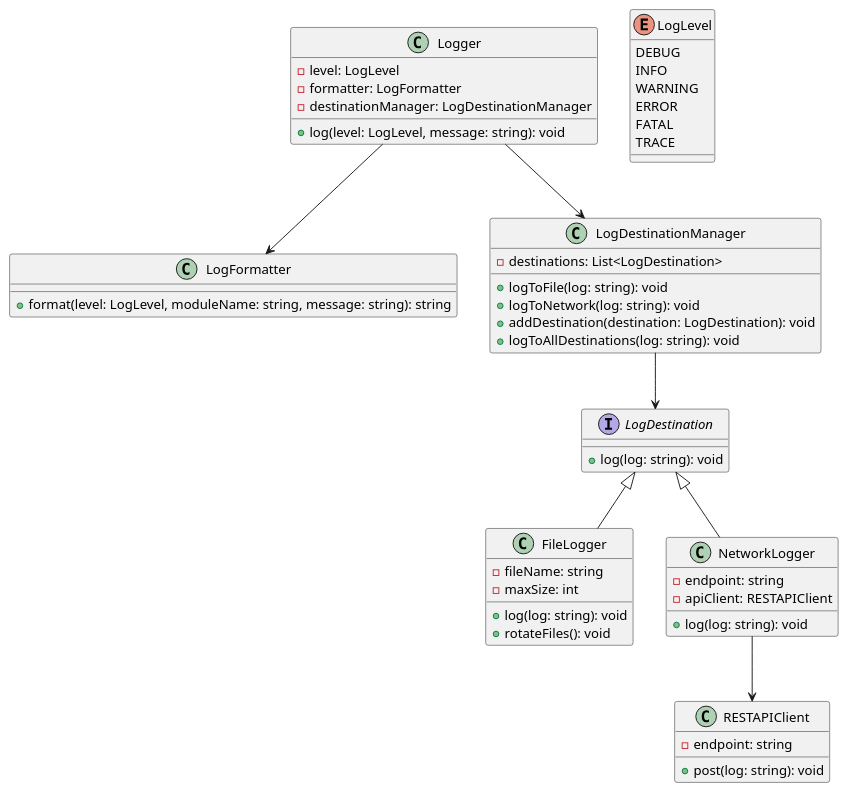
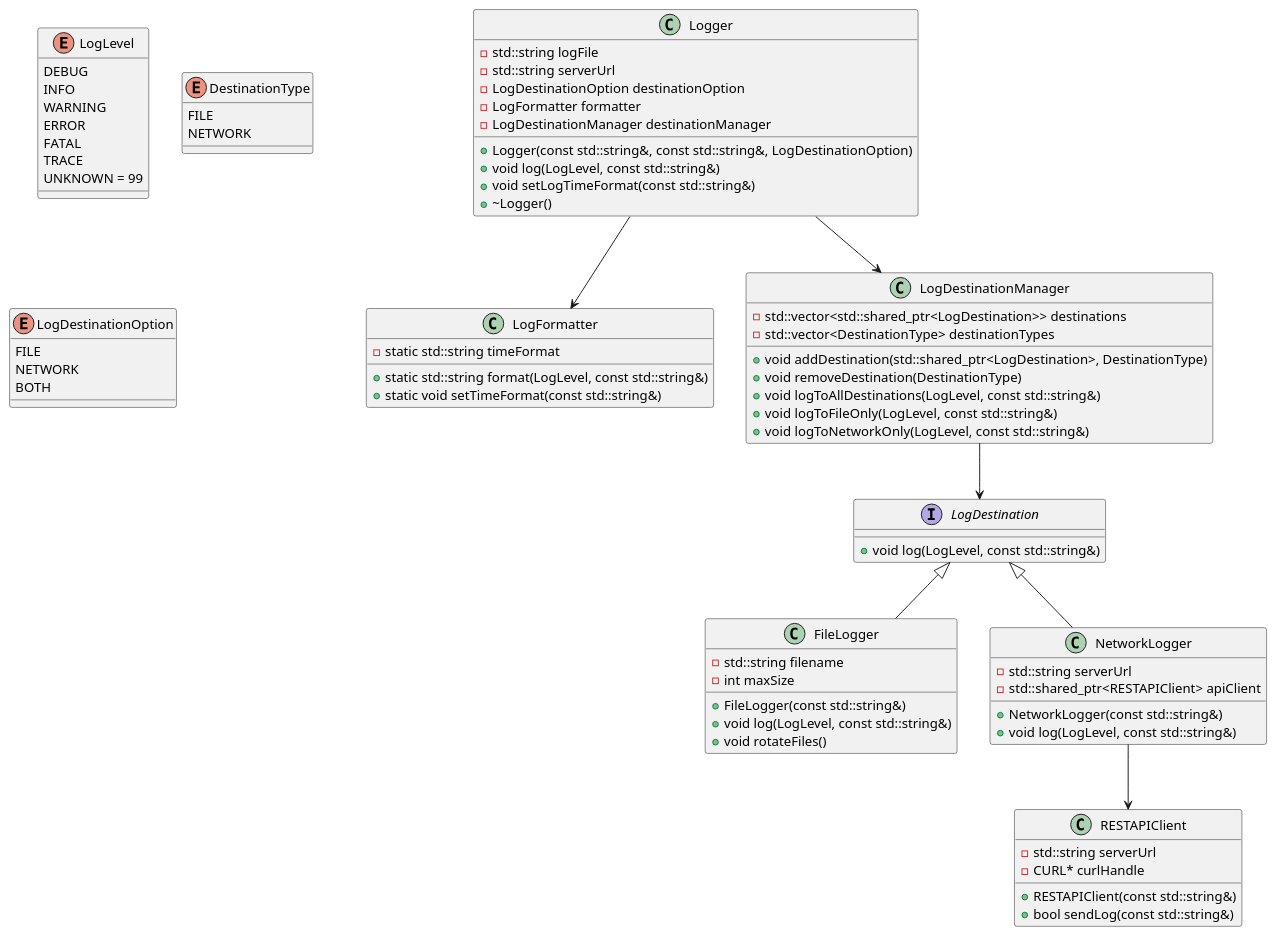
Before and after one commit to Marcin279/logger_library: the diagram in docs/diagrams/main_class_diagram.puml, drawn with PlantUML. The commit also changed 8 other files, not shown here.

Commit message:
Clean up old diagrams and update docs

```diff
--- a/docs/diagrams/main_class_diagram.puml
+++ b/docs/diagrams/main_class_diagram.puml
@@ -1,58 +1,90 @@
 @startuml
+
+enum LogLevel {
+  DEBUG
+  INFO
+  WARNING
+  ERROR
+  FATAL
+  TRACE
+  UNKNOWN = 99
+}
+
+enum DestinationType {
+  FILE
+  NETWORK
+}
+
+enum LogDestinationOption {
+  FILE
+  NETWORK
+  BOTH
+}
+
 class Logger {
-  - level: LogLevel
-  - formatter: LogFormatter
-  - destinationManager: LogDestinationManager
-  + log(level: LogLevel, message: string): void
+  - std::string logFile
+  - std::string serverUrl
+  - LogDestinationOption destinationOption
+  - LogFormatter formatter
+  - LogDestinationManager destinationManager
+
+  + Logger(const std::string&, const std::string&, LogDestinationOption)
+  + void log(LogLevel, const std::string&)
+  + void setLogTimeFormat(const std::string&)
+  + ~Logger()
 }
 
 class LogFormatter {
-  + format(level: LogLevel, moduleName: string, message: string): string
+  - static std::string timeFormat
+
+  + static std::string format(LogLevel, const std::string&)
+  + static void setTimeFormat(const std::string&)
+}
+
+class LogDestinationManager {
+  - std::vector<std::shared_ptr<LogDestination>> destinations
+  - std::vector<DestinationType> destinationTypes
+
+  + void addDestination(std::shared_ptr<LogDestination>, DestinationType)
+  + void removeDestination(DestinationType)
+  + void logToAllDestinations(LogLevel, const std::string&)
+  + void logToFileOnly(LogLevel, const std::string&)
+  + void logToNetworkOnly(LogLevel, const std::string&)
 }
 
 interface LogDestination {
-  + log(log: string): void
-}
-
-class LogDestinationManager {
-  - destinations: List<LogDestination>
-  + logToFile(log: string): void
-  + logToNetwork(log: string): void
-  + addDestination(destination: LogDestination): void
-  + logToAllDestinations(log: string): void
+  + void log(LogLevel, const std::string&)
 }
 
 class FileLogger {
-  - fileName: string
-  - maxSize: int
-  + log(log: string): void
-  + rotateFiles(): void
+  - std::string filename
+  - int maxSize
+
+  + FileLogger(const std::string&)
+  + void log(LogLevel, const std::string&)
+  + void rotateFiles()
 }
 
 class NetworkLogger {
-  - endpoint: string
-  - apiClient: RESTAPIClient
-  + log(log: string): void
+  - std::string serverUrl
+  - std::shared_ptr<RESTAPIClient> apiClient
+
+  + NetworkLogger(const std::string&)
+  + void log(LogLevel, const std::string&)
 }
 
 class RESTAPIClient {
-  - endpoint: string
-  + post(log: string): void
-}
+  - std::string serverUrl
+  - CURL* curlHandle
 
-enum LogLevel {
-    DEBUG
-    INFO
-    WARNING
-    ERROR
-    FATAL
-    TRACE
+  + RESTAPIClient(const std::string&)
+  + bool sendLog(const std::string&)
 }
 
 Logger --> LogFormatter
 Logger --> LogDestinationManager
 LogDestinationManager --> LogDestination
 LogDestination <|-- FileLogger
 LogDestination <|-- NetworkLogger
 NetworkLogger --> RESTAPIClient
 @enduml
```
